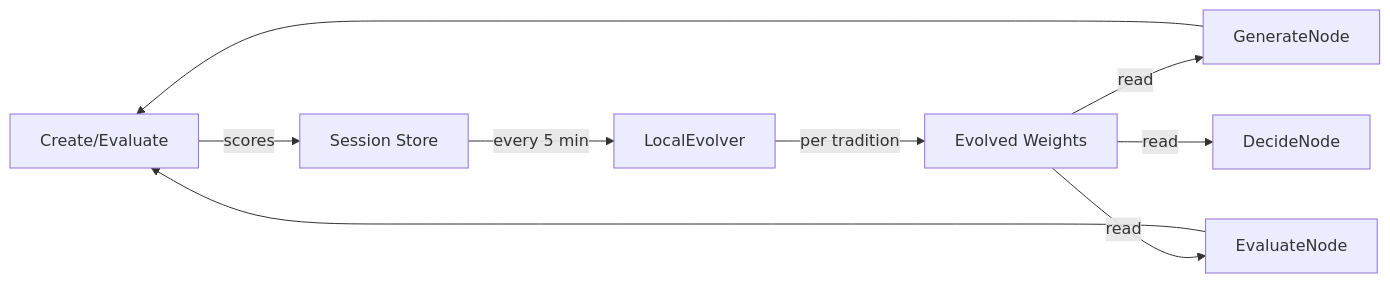
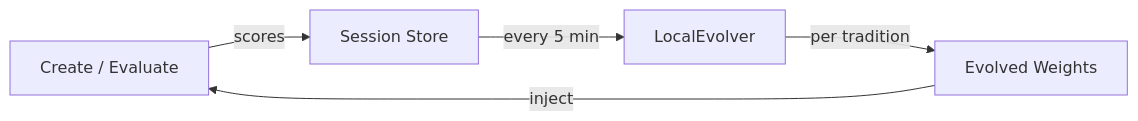
Before and after one commit to vulca-org/vulca: the second of 2 diagrams in README.md, drawn with Mermaid. The commit also changed other lines of this file and 1 other file, not shown here.

````diff
--- a/README.md
+++ b/README.md
@@ -426,11 +429,7 @@
 ```mermaid
 graph LR
-    C[Create/Evaluate] -->|scores| S[Session Store]
+    C[Create / Evaluate] -->|scores| S[Session Store]
     S -->|every 5 min| LE[LocalEvolver]
     LE -->|per tradition| EW[Evolved Weights]
-    EW -->|read| G[GenerateNode]
-    EW -->|read| E[EvaluateNode]
-    EW -->|read| D[DecideNode]
-    G --> C
-    E --> C
+    EW -->|inject| C
 ```
````
